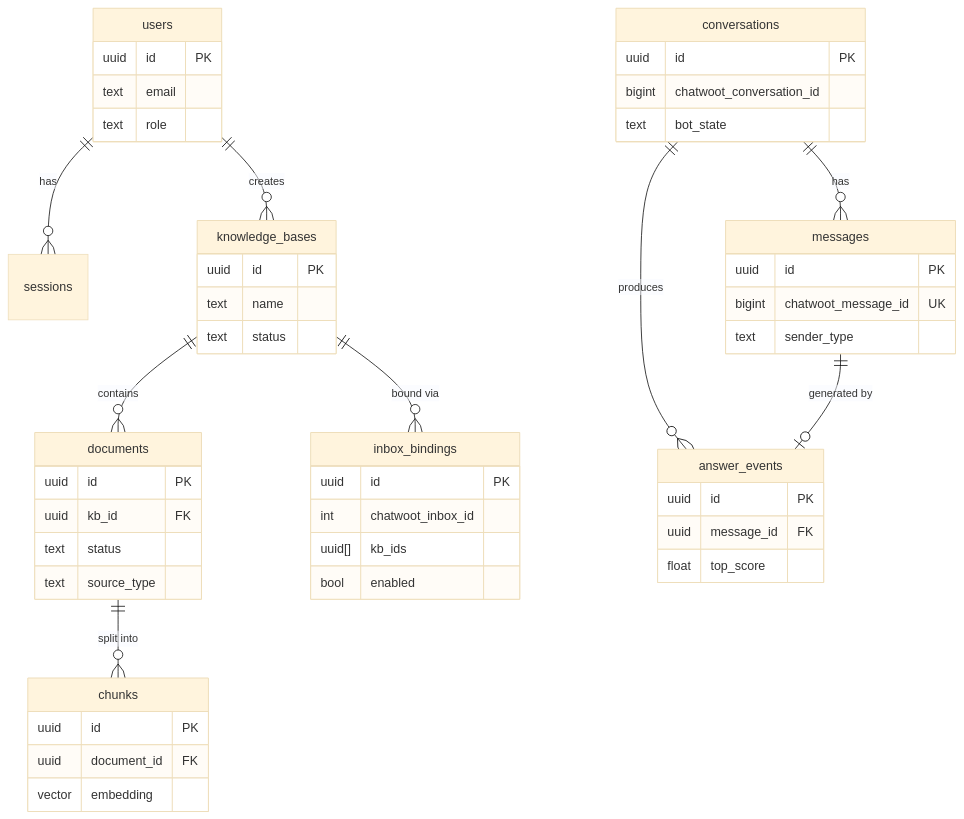
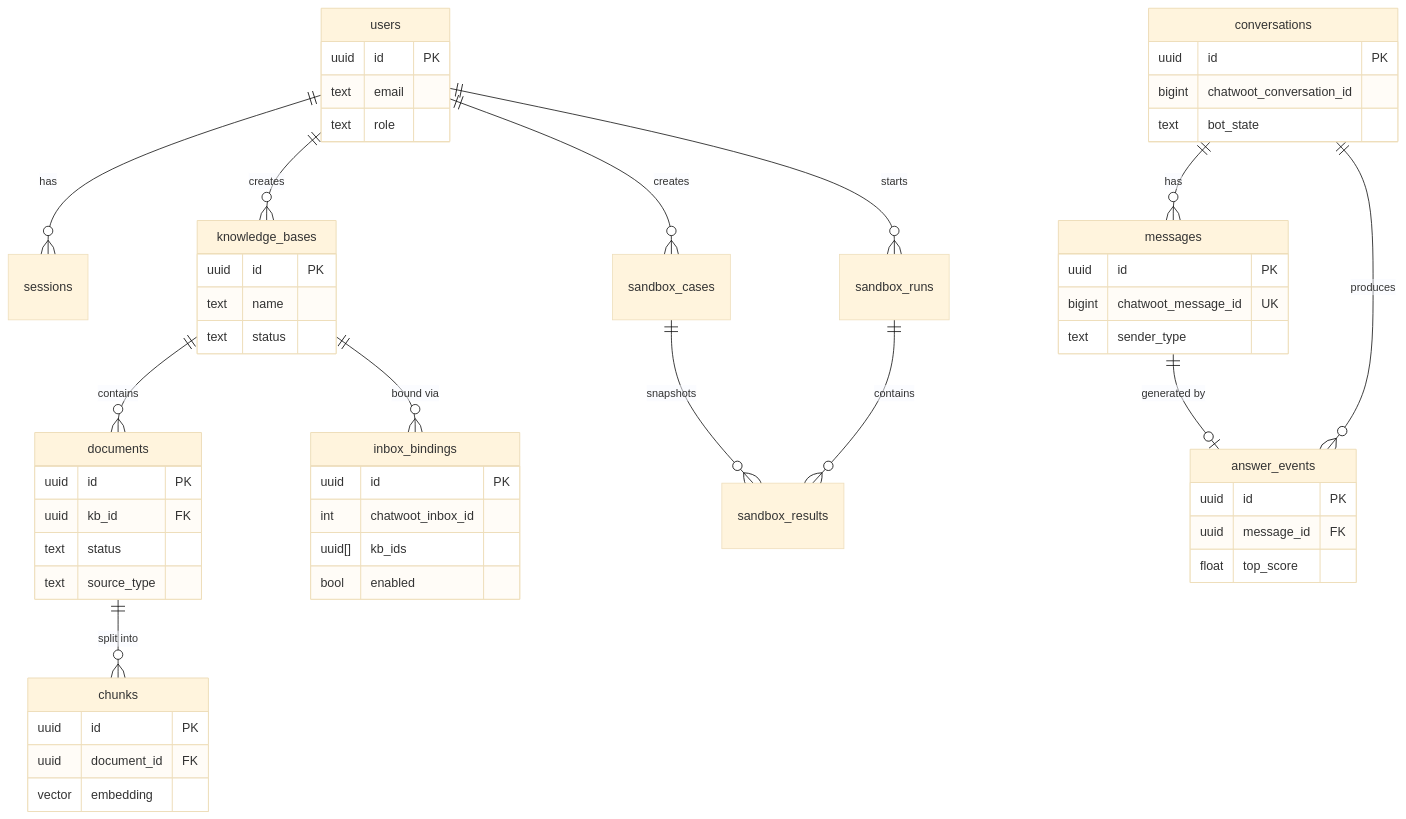
Before and after one commit to ibrahim8ismael/support_chatbot: the diagram in docs/architecture/data-model.md, drawn with Mermaid (base theme). The commit also changed other lines of this file and 39 other files, not shown here.

````diff
--- a/docs/architecture/data-model.md
+++ b/docs/architecture/data-model.md
@@ -7,54 +7,58 @@
 ```mermaid
 erDiagram
     users ||--o{ sessions : has
     users ||--o{ knowledge_bases : creates
     knowledge_bases ||--o{ documents : contains
     documents ||--o{ chunks : "split into"
     knowledge_bases ||--o{ inbox_bindings : "bound via"
     conversations ||--o{ messages : has
     conversations ||--o{ answer_events : produces
     messages ||--o| answer_events : "generated by"
+    users ||--o{ sandbox_cases : creates
+    users ||--o{ sandbox_runs : starts
+    sandbox_runs ||--o{ sandbox_results : contains
+    sandbox_cases ||--o{ sandbox_results : snapshots
 
     users {
         uuid id PK
         text email
         text role
     }
     knowledge_bases {
         uuid id PK
         text name
         text status
     }
     documents {
         uuid id PK
         uuid kb_id FK
         text status
         text source_type
     }
     chunks {
         uuid id PK
         uuid document_id FK
         vector embedding
     }
     inbox_bindings {
         uuid id PK
         int chatwoot_inbox_id
         uuid[] kb_ids
         bool enabled
     }
     conversations {
         uuid id PK
         bigint chatwoot_conversation_id
         text bot_state
     }
     messages {
         uuid id PK
         bigint chatwoot_message_id UK
         text sender_type
     }
     answer_events {
         uuid id PK
         uuid message_id FK
         float top_score
     }
 ```
````
